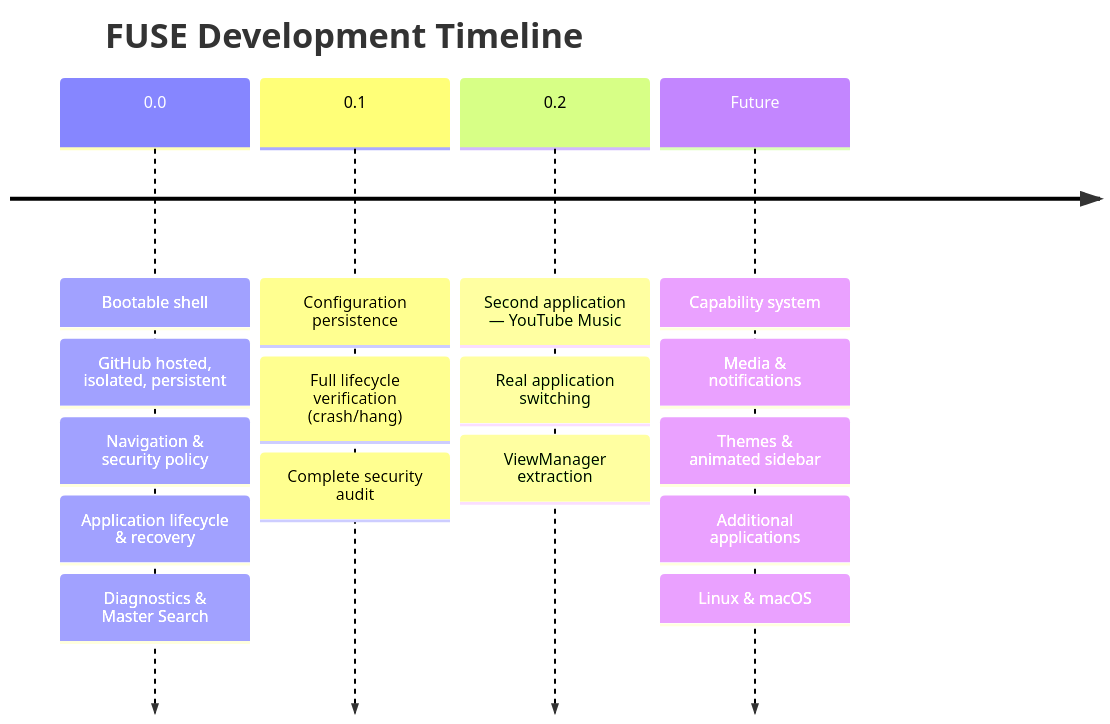
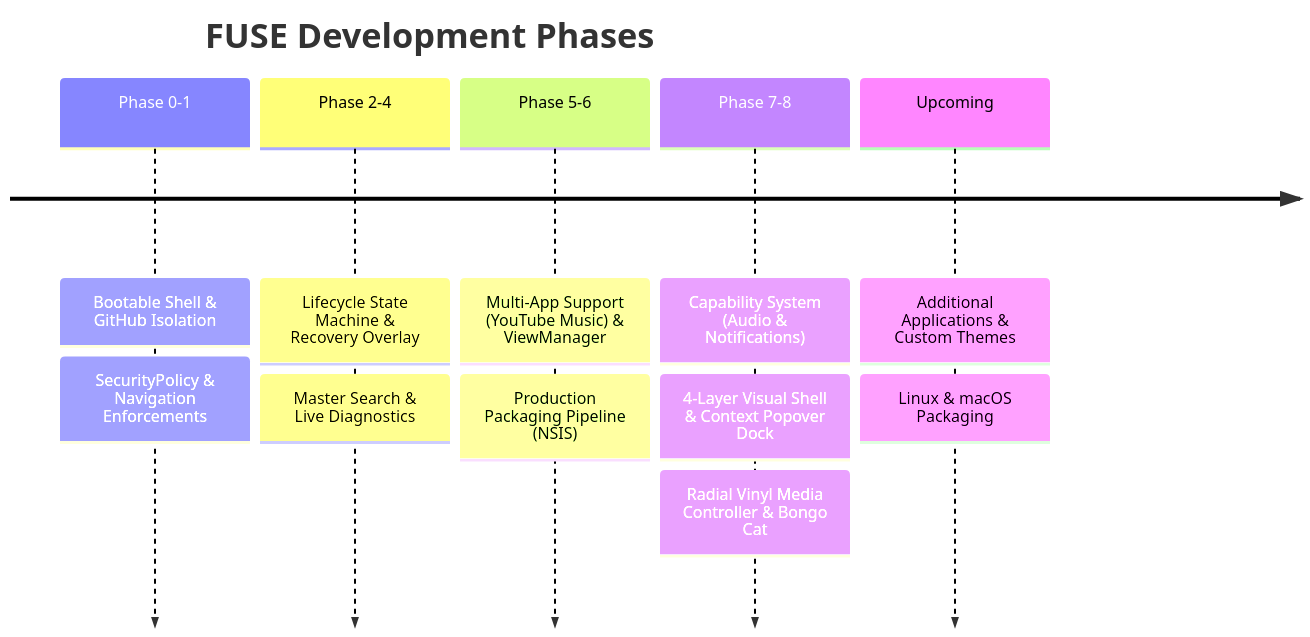
Before and after one commit to Jaiminsinh-Dodiya/FUSE: the second of 2 diagrams in README.md, drawn with Mermaid. The commit also changed other lines of this file and 3 other files, not shown here.

Commit message:
docs: update README and add architectural documentation for Phases 7 and 8

````diff
--- a/README.md
+++ b/README.md
@@ -346,20 +183,15 @@
 ```mermaid
 timeline
-    title FUSE Development Timeline
-    0.0 : Bootable shell
-        : GitHub hosted, isolated, persistent
-        : Navigation & security policy
-        : Application lifecycle & recovery
-        : Diagnostics & Master Search
-    0.1 : Configuration persistence
-        : Full lifecycle verification (crash/hang)
-        : Complete security audit
-    0.2 : Second application — YouTube Music
-        : Real application switching
-        : ViewManager extraction
-    Future : Capability system
-           : Media & notifications
-           : Themes & animated sidebar
-           : Additional applications
-           : Linux & macOS
+    title FUSE Development Phases
+    Phase 0-1 : Bootable Shell & GitHub Isolation
+              : SecurityPolicy & Navigation Enforcements
+    Phase 2-4 : Lifecycle State Machine & Recovery Overlay
+              : Master Search & Live Diagnostics
+    Phase 5-6 : Multi-App Support (YouTube Music) & ViewManager
+              : Production Packaging Pipeline (NSIS)
+    Phase 7-8 : Capability System (Audio & Notifications)
+              : 4-Layer Visual Shell & Context Popover Dock
+              : Radial Vinyl Media Controller & Bongo Cat
+    Upcoming  : Additional Applications & Custom Themes
+              : Linux & macOS Packaging
 ```
````
